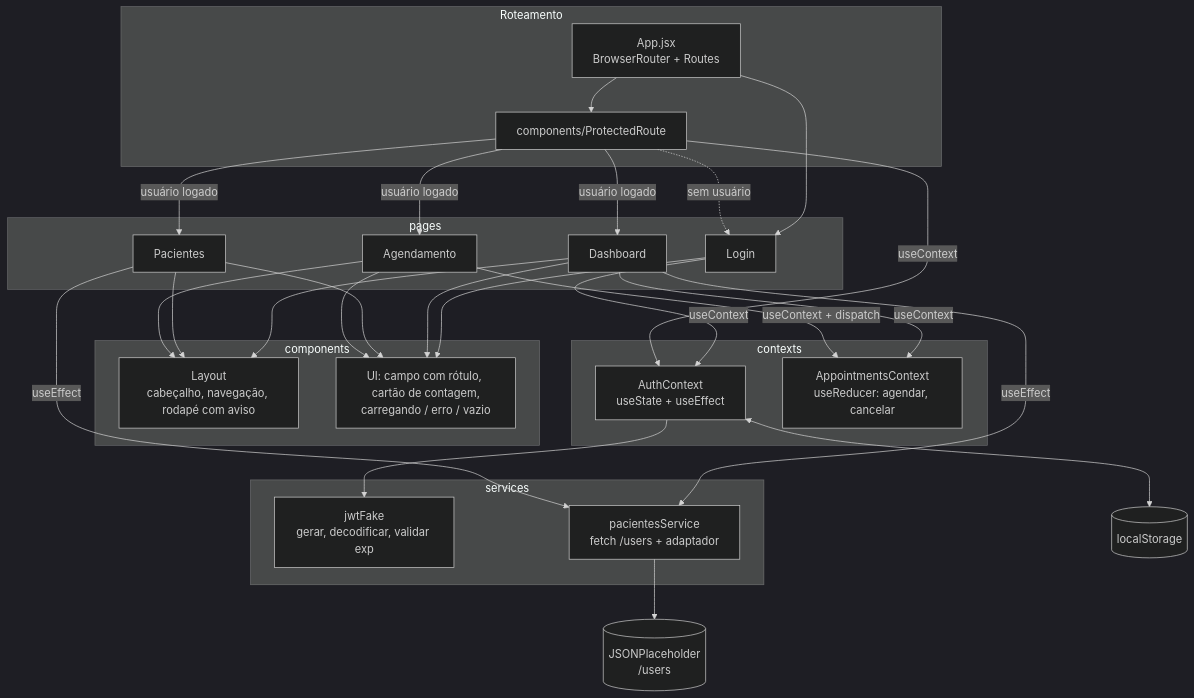
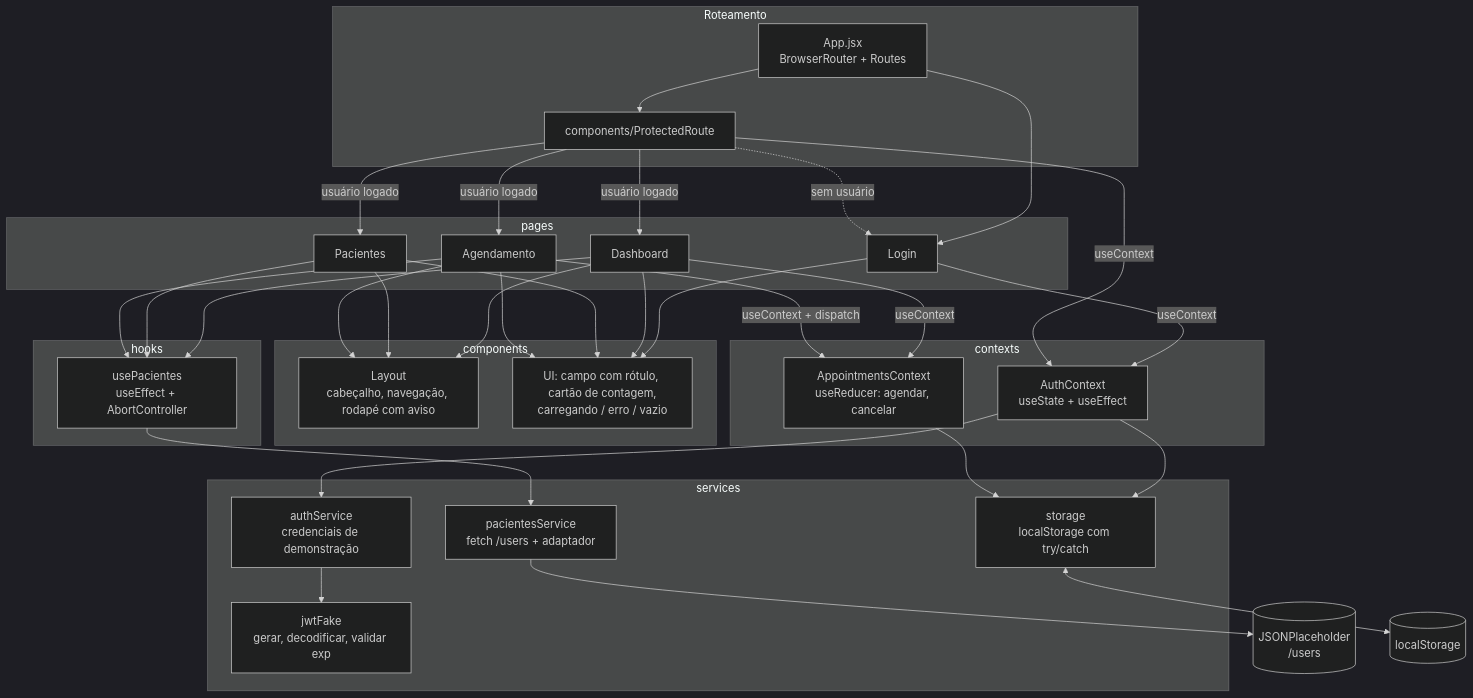
Before and after one commit to Cesar-Azeredo/grupo-zion-cardioia-portal: the first of 4 diagrams in docs/arquitetura.md, drawn with Mermaid (dark theme). The commit also changed other lines of this file and 8 other files, not shown here.

````diff
--- a/docs/arquitetura.md
+++ b/docs/arquitetura.md
@@ -9,52 +9,60 @@
 ```mermaid
 flowchart TD
     subgraph Roteamento
         R[App.jsx<br/>BrowserRouter + Routes]
         PR[components/ProtectedRoute]
     end
 
     subgraph pages
         PL[Login]
         PD[Dashboard]
         PP[Pacientes]
         PA[Agendamento]
     end
 
     subgraph components
         L[Layout<br/>cabeçalho, navegação, rodapé com aviso]
         UI[UI: campo com rótulo, cartão de contagem,<br/>carregando / erro / vazio]
     end
 
     subgraph contexts
         AC[AuthContext<br/>useState + useEffect]
         APC[AppointmentsContext<br/>useReducer: agendar, cancelar]
     end
 
+    subgraph hooks
+        UP[usePacientes<br/>useEffect + AbortController]
+    end
+
     subgraph services
         JWT[jwtFake<br/>gerar, decodificar, validar exp]
+        AS[authService<br/>credenciais de demonstração]
         PS[pacientesService<br/>fetch /users + adaptador]
+        ST[storage<br/>localStorage com try/catch]
     end
 
     EXT[(JSONPlaceholder<br/>/users)]
     LS[(localStorage)]
 
     R --> PL
     R --> PR
     PR -->|usuário logado| PD & PP & PA
     PR -.->|sem usuário| PL
 
     PD & PP & PA --> L
     PL & PD & PP & PA --> UI
 
     PL -->|useContext| AC
     PR -->|useContext| AC
     PD -->|useContext| APC
     PA -->|useContext + dispatch| APC
 
-    PD -->|useEffect| PS
-    PP -->|useEffect| PS
+    PD & PP & PA --> UP
+    UP --> PS
 
-    AC --> JWT
-    AC <--> LS
+    AC --> AS --> JWT
+    AC --> ST
+    APC --> ST
+    ST <--> LS
     PS --> EXT
 ```
````
